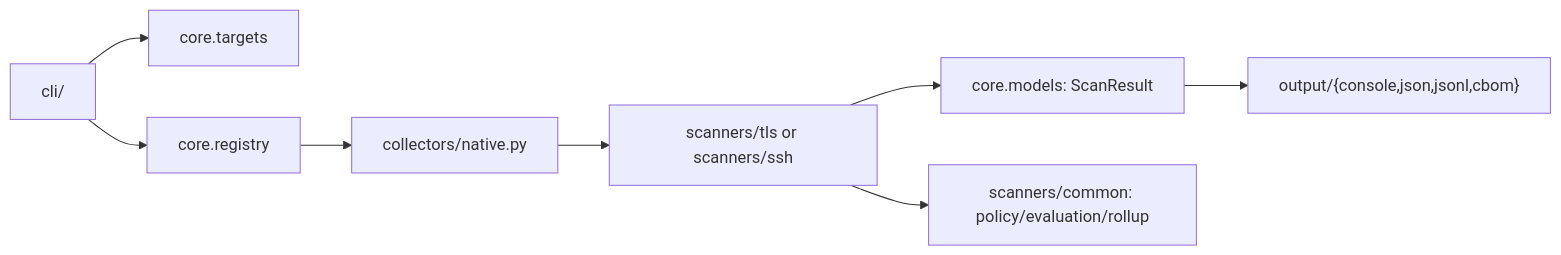
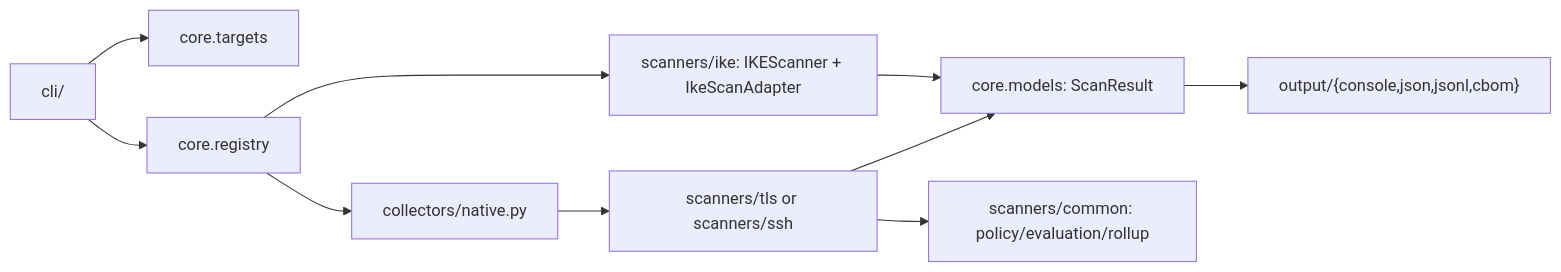
The first of 5 diagrams in docs/contributors/application-deep-dive.md (BreachSAFE/qureddy), drawn with Mermaid before and after one commit. The commit also changed other lines of this file and 70 other files, not shown here.

````diff
--- a/docs/contributors/application-deep-dive.md
+++ b/docs/contributors/application-deep-dive.md
@@ -94,10 +96,12 @@
 ```mermaid
 flowchart LR
     CLI["cli/"] --> Targets["core.targets"]
     CLI --> Registry["core.registry"]
     Registry --> Collectors["collectors/native.py"]
     Collectors --> Scanners["scanners/tls or scanners/ssh"]
+    Registry --> IKE["scanners/ike: IKEScanner + IkeScanAdapter"]
+    IKE --> Models
     Scanners --> Models["core.models: ScanResult"]
     Scanners --> Common["scanners/common: policy/evaluation/rollup"]
     Models --> Outputs["output/{console,json,jsonl,cbom}"]
 ```
````
